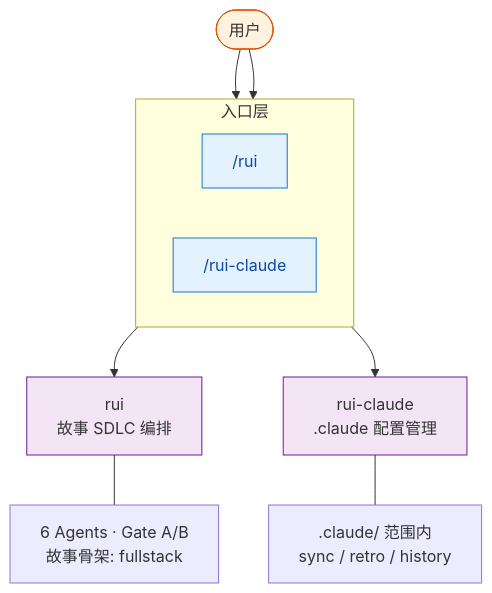
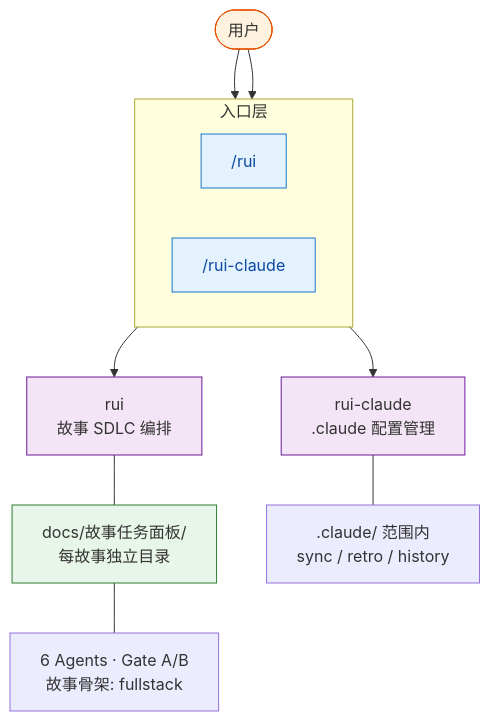
Before and after one commit to effiy/YrY: the diagram in README.md, drawn with Mermaid. The commit also changed other lines of this file and 7 other files, not shown here.

````diff
--- a/README.md
+++ b/README.md
@@ -12,20 +12,22 @@
 ```mermaid
 flowchart TB
     User([用户]):::user
     subgraph 入口层
       direction LR
       Cmd1["/rui"]:::cmd
       Cmd2["/rui-claude"]:::cmd
     end
     User --> Cmd1 & Cmd2
 
     Cmd1 --> R["rui<br/>故事 SDLC 编排"]:::core
     Cmd2 --> C["rui-claude<br/>.claude 配置管理"]:::core
 
-    R --- Agents["6 Agents · Gate A/B<br/>故事骨架: fullstack"]
+    R --- Panel["docs/故事任务面板/<br/>每故事独立目录"]:::panel
+    Panel --- Agents["6 Agents · Gate A/B<br/>故事骨架: fullstack"]
     C --- Scope[".claude/ 范围内<br/>sync / retro / history"]
 
     classDef user fill:#fff3e0,stroke:#e65100;
     classDef cmd fill:#e3f2fd,stroke:#1976d2,color:#0d47a1;
     classDef core fill:#f3e5f5,stroke:#6a1b9a;
+    classDef panel fill:#e8f5e9,stroke:#2e7d32;
 ```
````
